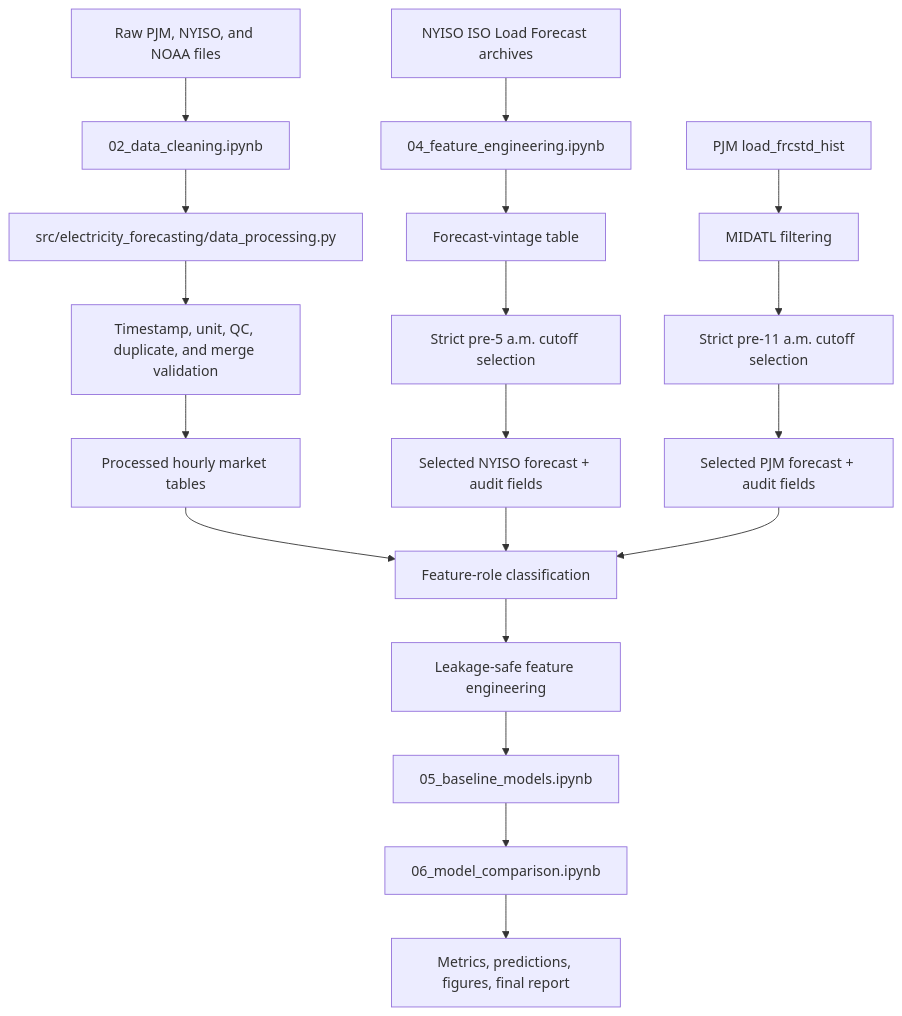
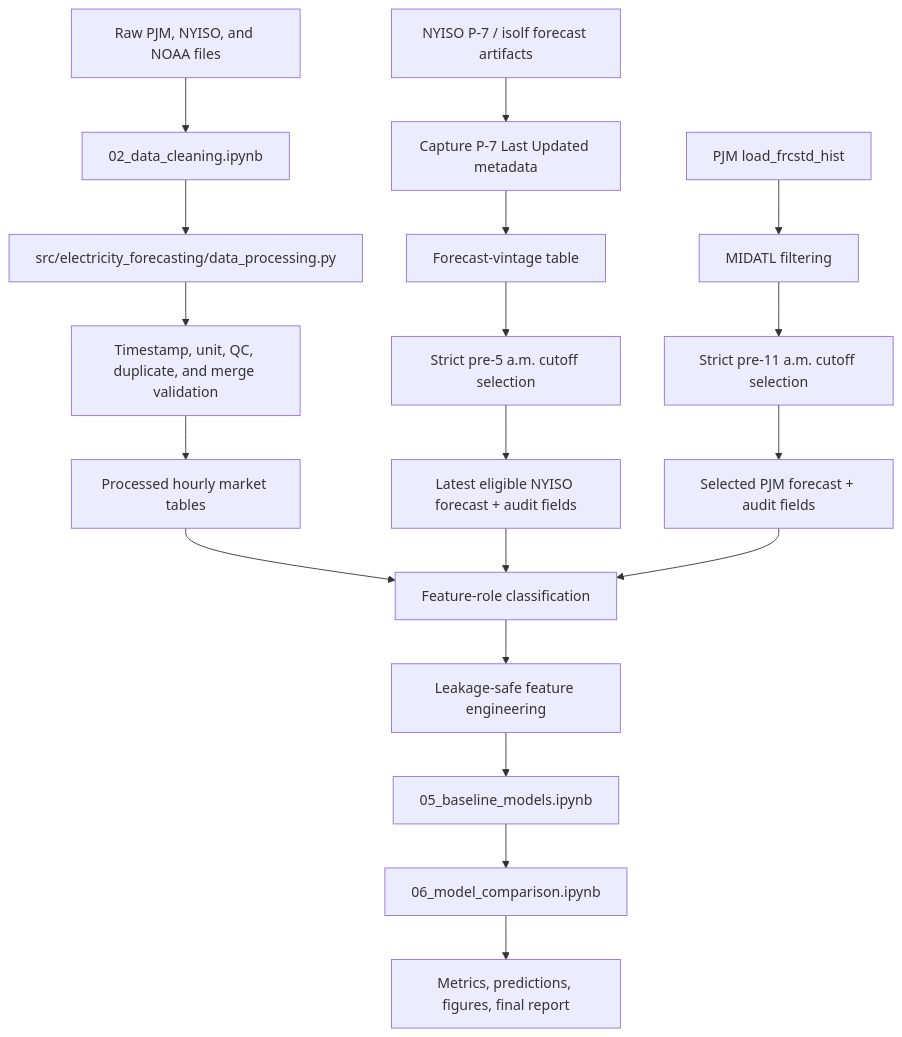
One commit to greerda/electricity-price-forecasting changed the first of 3 diagrams in docs/notebook_pipeline_map.md. Above: the diagram before and after it, drawn with Mermaid. The commit also changed other lines of this file, not shown here.

Commit message:
Update NYISO pipeline map for P-7 Last Updated metadata

````diff
--- a/docs/notebook_pipeline_map.md
+++ b/docs/notebook_pipeline_map.md
@@ -9,24 +9,24 @@
 ```mermaid
 flowchart TD
     A["Raw PJM, NYISO, and NOAA files"] --> B["02_data_cleaning.ipynb"]
     B --> C["src/electricity_forecasting/data_processing.py"]
     C --> D["Timestamp, unit, QC, duplicate, and merge validation"]
     D --> E["Processed hourly market tables"]
 
-    F["NYISO ISO Load Forecast archives"] --> G["04_feature_engineering.ipynb"]
+    F["NYISO P-7 / isolf forecast artifacts"] --> G["Capture P-7 Last Updated metadata"]
     G --> H["Forecast-vintage table"]
     H --> I["Strict pre-5 a.m. cutoff selection"]
-    I --> J["Selected NYISO forecast + audit fields"]
+    I --> J["Latest eligible NYISO forecast + audit fields"]
 
     K["PJM load_frcstd_hist"] --> L["MIDATL filtering"]
     L --> M["Strict pre-11 a.m. cutoff selection"]
     M --> N["Selected PJM forecast + audit fields"]
 
     E --> O["Feature-role classification"]
     J --> O
     N --> O
     O --> P["Leakage-safe feature engineering"]
     P --> Q["05_baseline_models.ipynb"]
     Q --> R["06_model_comparison.ipynb"]
     R --> S["Metrics, predictions, figures, final report"]
 ```
````
